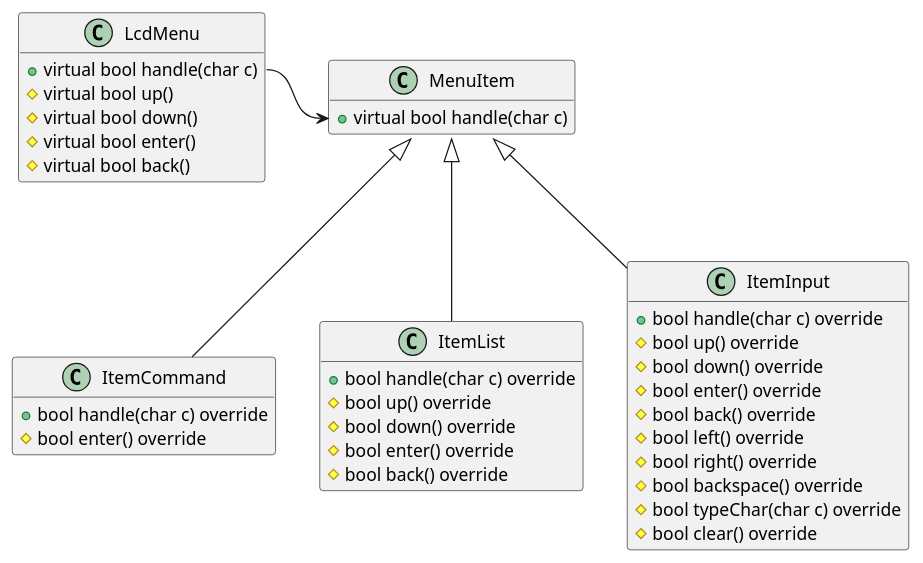
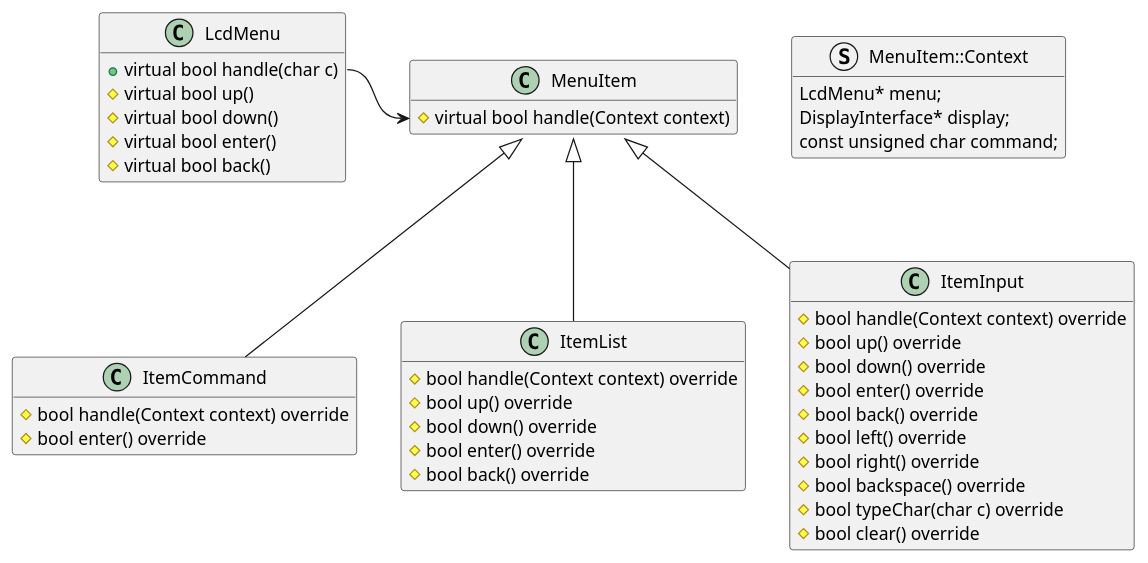
Before and after one commit to forntoh/LcdMenu: the diagram in docs/classes.puml, drawn with PlantUML. The commit also changed 9 other files, not shown here.

```diff
--- a/docs/classes.puml
+++ b/docs/classes.puml
@@ -1,49 +1,54 @@
 @startuml
 ' https://www.plantuml.com/plantuml/uml/
 
 hide empty members
 
 class LcdMenu {
     +virtual bool handle(char c)
     #virtual bool up()
     #virtual bool down()
     #virtual bool enter()
     #virtual bool back()
 }
 
+struct MenuItem::Context {
+    LcdMenu* menu;
+    DisplayInterface* display;
+    const unsigned char command;
+}
+
 class MenuItem {
-    +virtual bool handle(char c)
+    #virtual bool handle(Context context)
 }
 
 class ItemCommand {
-    +bool handle(char c) override
+    #bool handle(Context context) override
     #bool enter() override
 }
 
 class ItemList {
-    +bool handle(char c) override
+    #bool handle(Context context) override
     #bool up() override
     #bool down() override
     #bool enter() override
     #bool back() override
 }
 
 class ItemInput {
-    +bool handle(char c) override
+    #bool handle(Context context) override
     #bool up() override
     #bool down() override
     #bool enter() override
     #bool back() override
     #bool left() override
     #bool right() override
     #bool backspace() override
     #bool typeChar(char c) override
     #bool clear() override
 }
 
 LcdMenu::handle -r-> MenuItem::handle
 ItemCommand -u-|> MenuItem
 ItemList -u-|> MenuItem
 ItemInput -u-|> MenuItem
-
 @enduml
```
